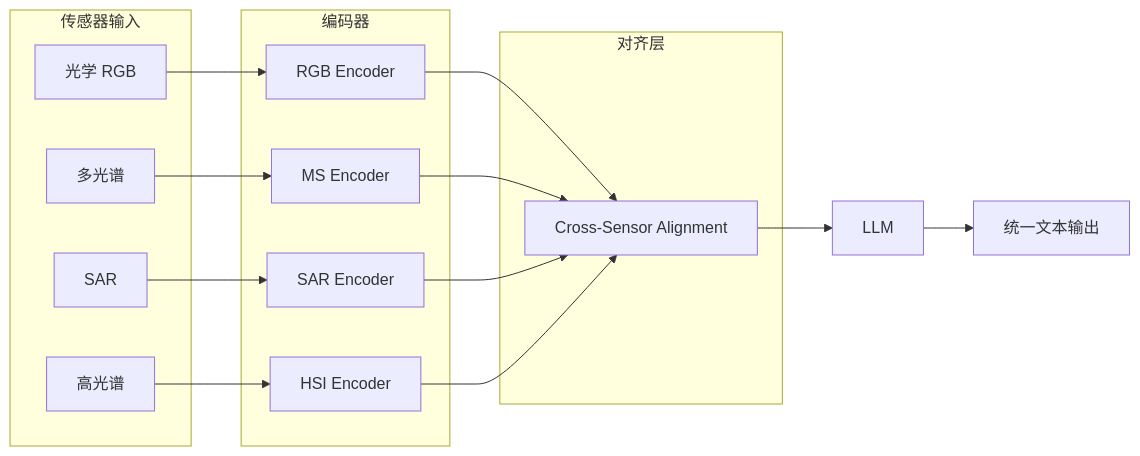
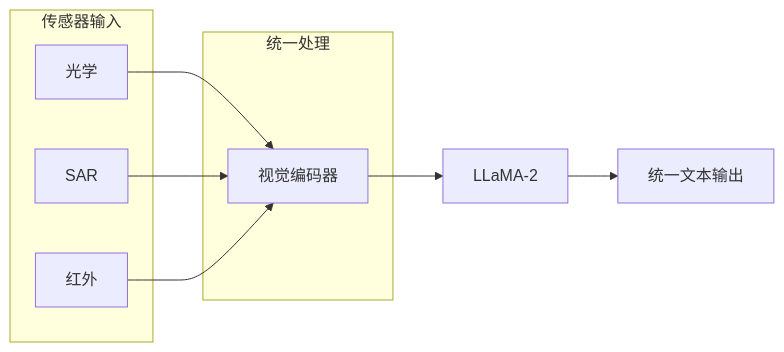
One commit to Qxy661/UAV-WM-VLA-Learning changed the fourth of 4 diagrams in docs/04-VLM专题/01-遥感VLM.md. Above: the diagram before and after it, drawn with Mermaid. The commit also changed other lines of this file and 53 other files, not shown here.

````diff
--- a/docs/04-VLM专题/01-遥感VLM.md
+++ b/docs/04-VLM专题/01-遥感VLM.md
@@ -183,27 +186,14 @@
 ```mermaid
 graph LR
     subgraph 传感器输入
-        A1[光学 RGB]
-        A2[多光谱]
-        A3[SAR]
-        A4[高光谱]
+        A1[光学]
+        A2[SAR]
+        A3[红外]
     end
-    
-    subgraph 编码器
-        B1[RGB Encoder]
-        B2[MS Encoder]
-        B3[SAR Encoder]
-        B4[HSI Encoder]
+    subgraph 统一处理
+        A1 --> C[视觉编码器]
+        A2 --> C
+        A3 --> C
     end
-    
-    subgraph 对齐层
-        C[Cross-Sensor Alignment]
-    end
-    
-    A1 --> B1 --> C
-    A2 --> B2 --> C
-    A3 --> B3 --> C
-    A4 --> B4 --> C
-    
-    C --> D[LLM] --> E[统一文本输出]
+    C --> D[LLaMA-2] --> E[统一文本输出]
 ```
````
